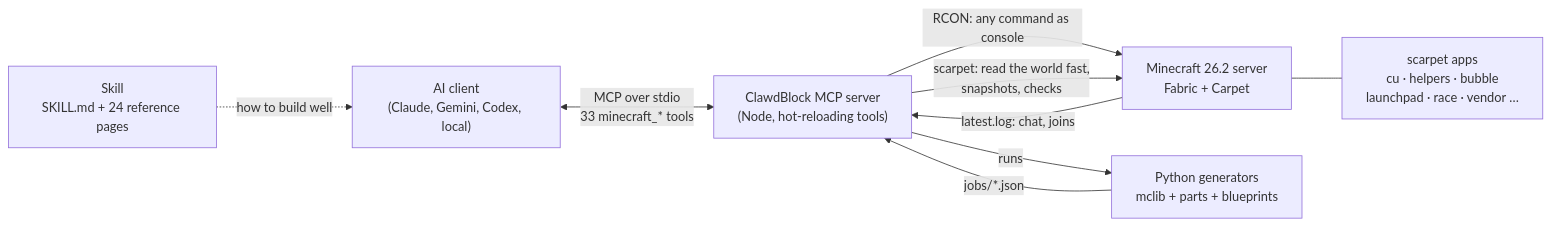
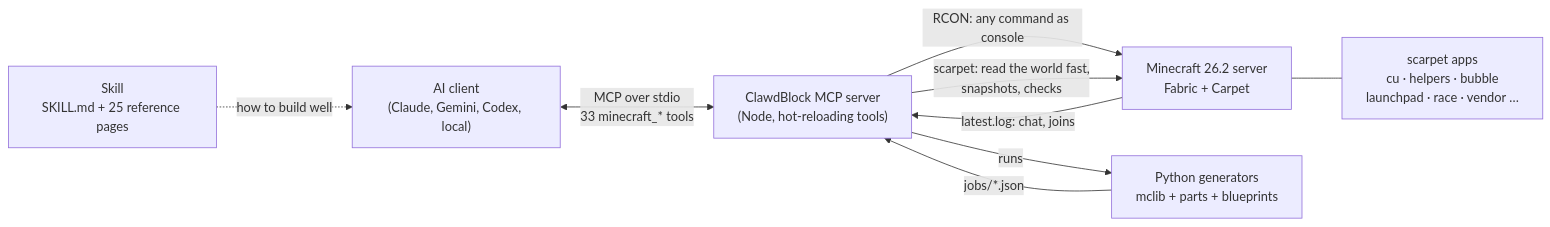
One commit to sagistiki/pink-golem changed the diagram in README.md. Above: the diagram before and after it, drawn with Mermaid. The commit also changed other lines of this file and 7 other files, not shown here.

````diff
--- a/README.md
+++ b/README.md
@@ -117,11 +119,11 @@
 ```mermaid
 flowchart LR
     AI["AI client<br/>(Claude, Gemini, Codex, local)"] <-- "MCP over stdio<br/>33 minecraft_* tools" --> MCP["ClawdBlock MCP server<br/>(Node, hot-reloading tools)"]
     MCP -- "RCON: any command as console" --> MC["Minecraft 26.2 server<br/>Fabric + Carpet"]
     MC -- "latest.log: chat, joins" --> MCP
     MCP -- "scarpet: read the world fast,<br/>snapshots, checks" --> MC
     MC --- APPS["scarpet apps<br/>cu · helpers · bubble<br/>launchpad · race · vendor …"]
     MCP -- "runs" --> GEN["Python generators<br/>mclib + parts + blueprints"]
     GEN -- "jobs/*.json" --> MCP
-    SKILL["Skill<br/>SKILL.md + 24 reference pages"] -. "how to build well" .-> AI
+    SKILL["Skill<br/>SKILL.md + 25 reference pages"] -. "how to build well" .-> AI
 ```
````
